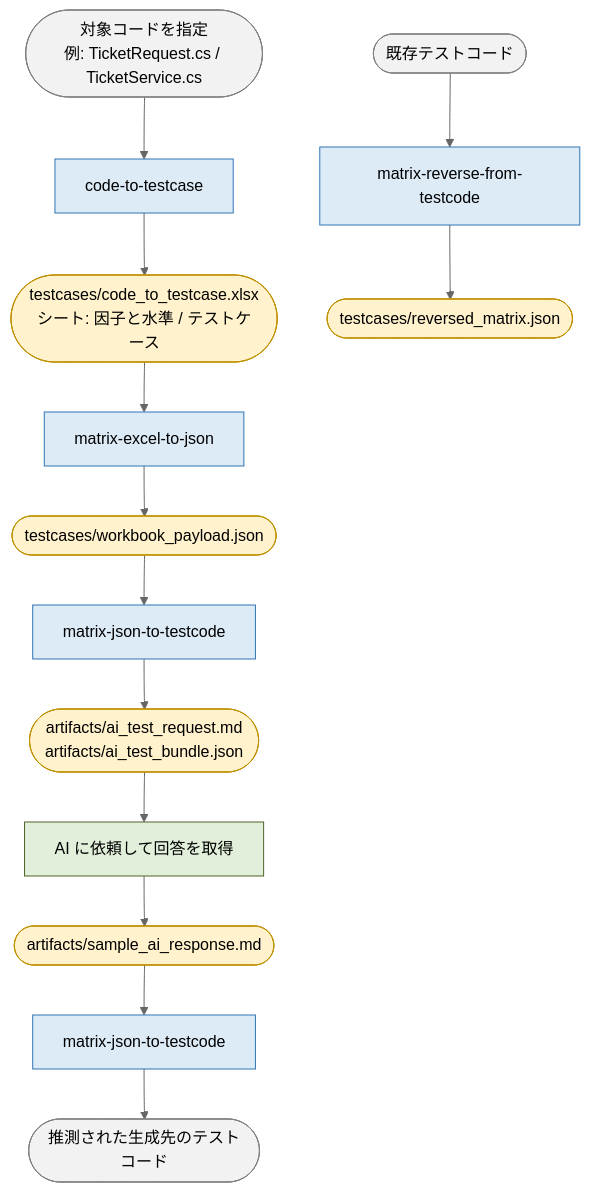
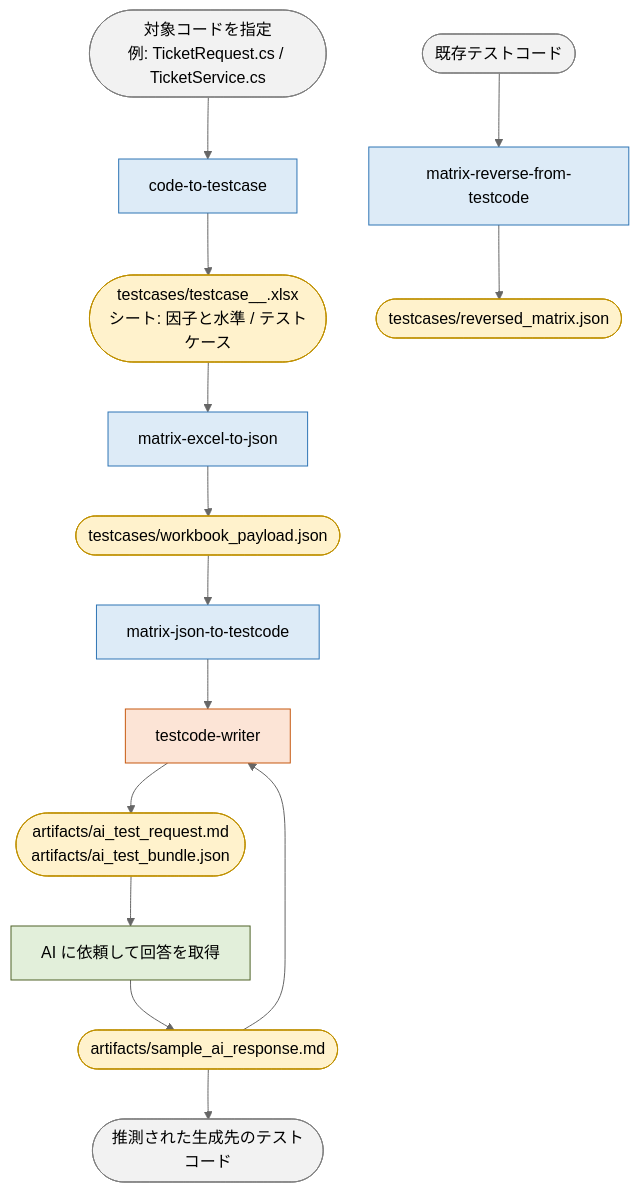
The diagram in workflow.mmd (souri-t/matrix-driven-test-automation), drawn with Mermaid (neutral theme) before and after one commit. The commit also changed 7 other files, not shown here.

```diff
--- a/workflow.mmd
+++ b/workflow.mmd
@@ -1,27 +1,30 @@
 flowchart TD
     A(["対象コードを指定<br>例: TicketRequest.cs / TicketService.cs"]) --> B["code-to-testcase"]
-    B --> C(["testcases/code_to_testcase.xlsx<br>シート: 因子と水準 / テストケース"])
+    B --> C(["testcases/testcase_<class>_<method>.xlsx<br>シート: 因子と水準 / テストケース"])
 
     C --> D["matrix-excel-to-json"]
     D --> E(["testcases/workbook_payload.json"])
 
     E --> F["matrix-json-to-testcode"]
-    F --> G(["artifacts/ai_test_request.md<br>artifacts/ai_test_bundle.json"])
-    G --> H["AI に依頼して回答を取得"]
-    H --> I(["artifacts/sample_ai_response.md"])
-    I --> J["matrix-json-to-testcode"]
+    F --> G["testcode-writer"]
+    G --> H(["artifacts/ai_test_request.md<br>artifacts/ai_test_bundle.json"])
+    H --> I["AI に依頼して回答を取得"]
+    I --> J(["artifacts/sample_ai_response.md"])
+    J --> G
     J --> K(["推測された生成先のテストコード"])
 
     L(["既存テストコード"]) --> M["matrix-reverse-from-testcode"]
     M --> N(["testcases/reversed_matrix.json"])
 
     %% --- Styles ---
     classDef promptClass fill:#DDEBF7,stroke:#2F75B5,stroke-width:1px;
     classDef fileClass fill:#FFF2CC,stroke:#BF9000,stroke-width:1px;
     classDef actionClass fill:#E2EFDA,stroke:#4F6228,stroke-width:1px;
+    classDef agentClass fill:#FCE4D6,stroke:#C65911,stroke-width:1px;
     classDef codeClass fill:#F2F2F2,stroke:#7F7F7F,stroke-width:1px;
 
-    class B,D,F,J,M promptClass;
-    class C,E,G,I,N fileClass;
-    class H actionClass;
+    class B,D,F,M promptClass;
+    class C,E,H,J,N fileClass;
+    class I actionClass;
+    class G agentClass;
     class A,K,L codeClass;
```
